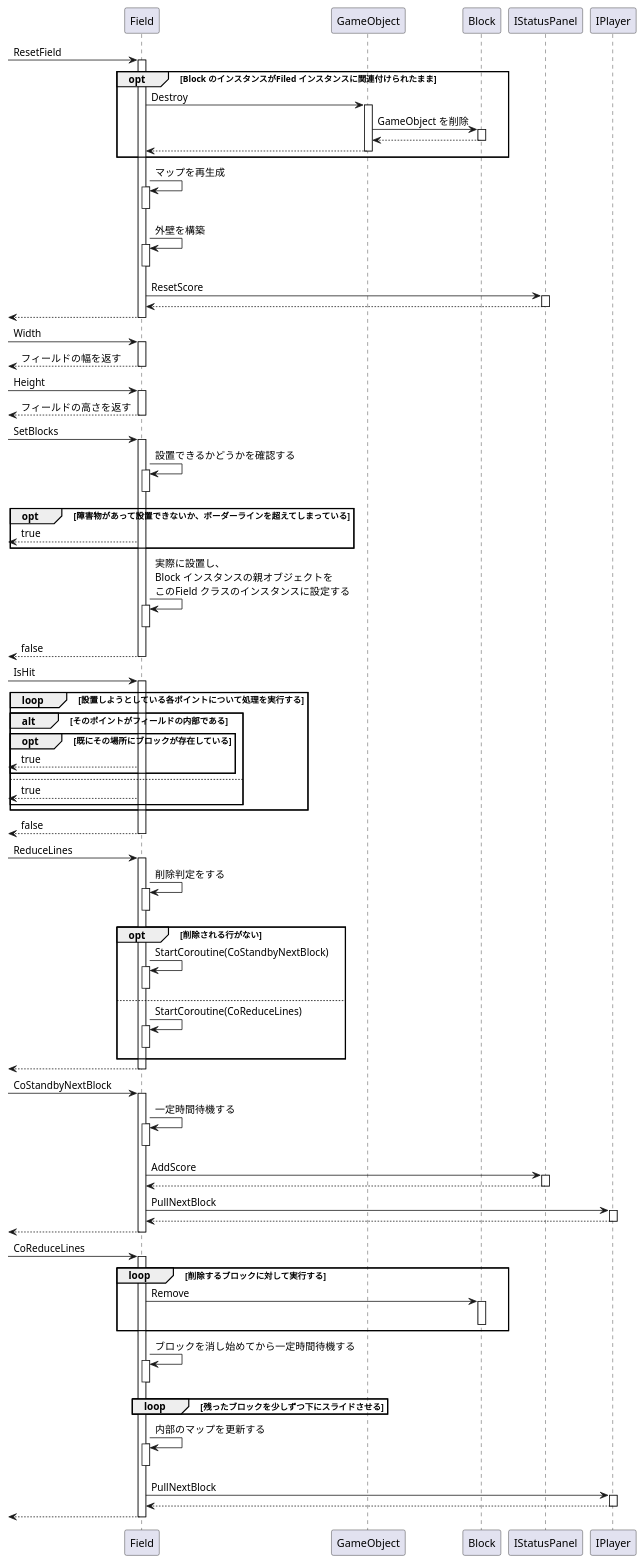
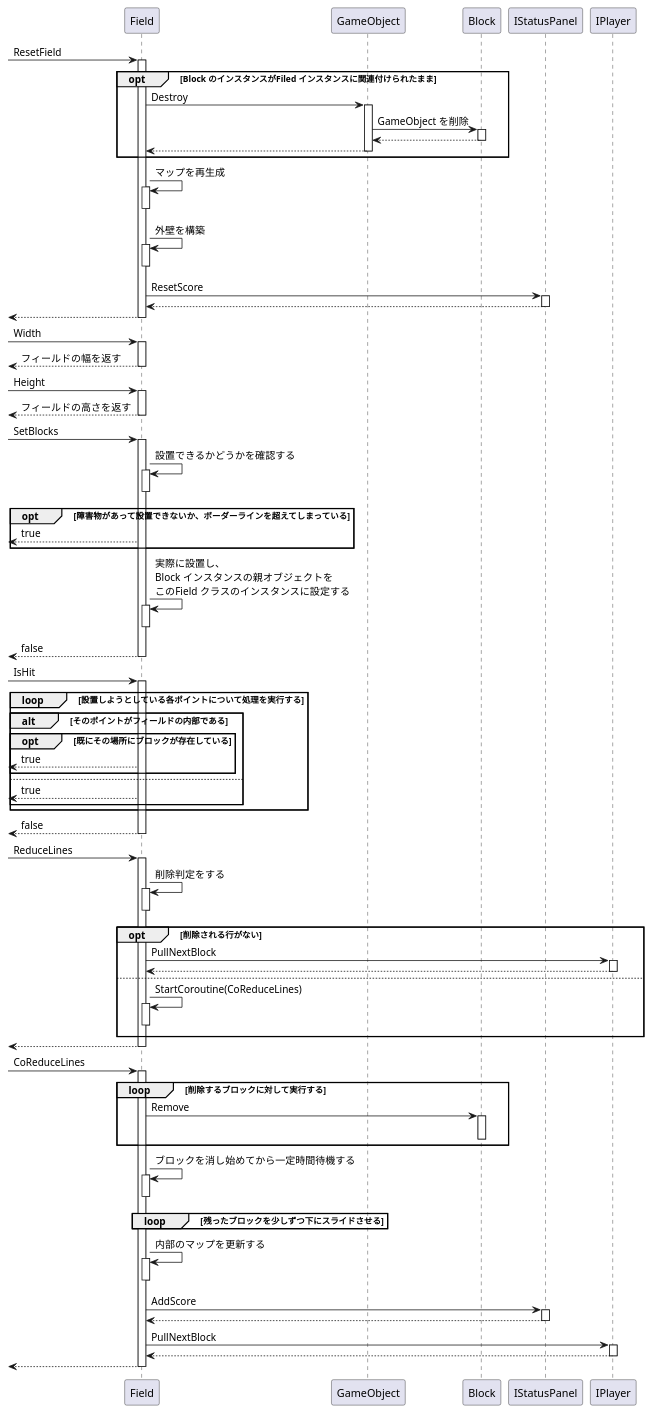
One commit to azarashin/UnityTetris changed the diagram in Documents/PlantUML/SQD_Field.pu. Above: the diagram before and after it, drawn with PlantUML. The commit also changed 8 other files, not shown here.

```diff
--- a/Documents/PlantUML/SQD_Field.pu
+++ b/Documents/PlantUML/SQD_Field.pu
@@ -1,123 +1,112 @@
 @startuml
 
 [-> Field : ResetField
 activate Field
     opt Block のインスタンスがFiled インスタンスに関連付けられたまま
         Field -> GameObject : Destroy
         activate GameObject
             GameObject -> Block : GameObject を削除
             activate Block
                 GameObject <-- Block
             deactivate Block
             Field <-- GameObject
         deactivate GameObject
     end
     Field -> Field : マップを再生成
     activate Field
     deactivate Field
     Field -> Field : 外壁を構築
     activate Field
     deactivate Field
     Field -> IStatusPanel : ResetScore
     activate IStatusPanel
         Field <-- IStatusPanel
     deactivate IStatusPanel
     [<-- Field
 deactivate Field
 
 [-> Field : Width
 activate Field
     [<-- Field : フィールドの幅を返す
 deactivate Field
 
 [-> Field : Height
 activate Field
     [<-- Field : フィールドの高さを返す
 deactivate Field
 
 [-> Field : SetBlocks
 activate Field
     Field -> Field : 設置できるかどうかを確認する
     activate Field
     deactivate Field
     opt 障害物があって設置できないか、ボーダーラインを超えてしまっている
         [<-- Field : true
     end
     Field -> Field : 実際に設置し、\nBlock インスタンスの親オブジェクトを\nこのField クラスのインスタンスに設定する
     activate Field
     deactivate Field
 
     [<-- Field : false
 deactivate Field
 
 [-> Field : IsHit
 activate Field
     loop 設置しようとしている各ポイントについて処理を実行する
         alt そのポイントがフィールドの内部である
             opt 既にその場所にブロックが存在している
                 [<-- Field : true
             end
         else
             [<-- Field : true
         end
     end
     [<-- Field : false
 deactivate Field
 
 [-> Field : ReduceLines
 activate Field
     Field -> Field : 削除判定をする
     activate Field
     deactivate Field
     opt 削除される行がない
-        Field -> Field : StartCoroutine(CoStandbyNextBlock)
-            activate Field
-            deactivate Field
+        Field -> IPlayer : PullNextBlock
+        activate IPlayer
+            Field <-- IPlayer
+        deactivate IPlayer
     else
         Field -> Field : StartCoroutine(CoReduceLines)
-            activate Field
-            deactivate Field
+        activate Field
+        deactivate Field
     end
 
-    [<-- Field
-deactivate Field
-
-[-> Field : CoStandbyNextBlock
-activate Field
-    Field -> Field : 一定時間待機する
-    activate Field
-    deactivate Field
-    Field -> IStatusPanel : AddScore
-    activate IStatusPanel
-        Field <-- IStatusPanel
-    deactivate IStatusPanel
-    Field -> IPlayer : PullNextBlock
-    activate IPlayer
-        Field <-- IPlayer
-    deactivate IPlayer
     [<-- Field
 deactivate Field
 
 [-> Field : CoReduceLines
 activate Field
     loop 削除するブロックに対して実行する
         Field -> Block : Remove
         activate Block
         deactivate Block
     end
     Field -> Field : ブロックを消し始めてから一定時間待機する
     activate Field
     deactivate Field
     loop 残ったブロックを少しずつ下にスライドさせる
     end
     Field -> Field : 内部のマップを更新する
     activate Field
     deactivate Field
+    Field -> IStatusPanel : AddScore
+    activate IStatusPanel
+        Field <-- IStatusPanel
+    deactivate IStatusPanel
     Field -> IPlayer : PullNextBlock
     activate IPlayer
         Field <-- IPlayer
     deactivate IPlayer
     [<-- Field
 deactivate Field
 
 @enduml
```
